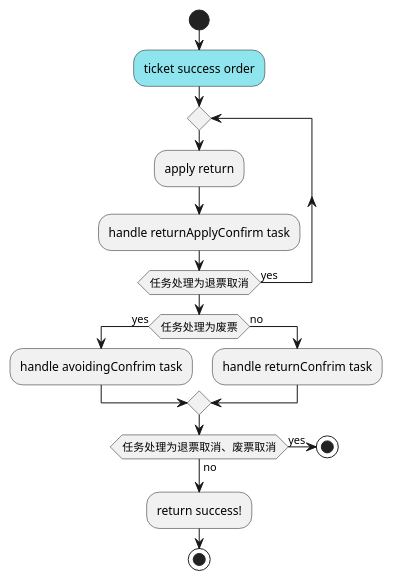
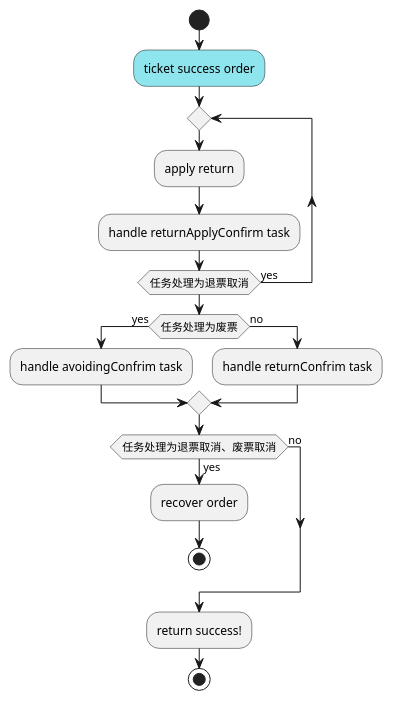
Before and after one commit to viper140/painting: the diagram in plantuml/flow/international-flight-return-order.puml, drawn with PlantUML.

```diff
--- a/plantuml/flow/international-flight-return-order.puml
+++ b/plantuml/flow/international-flight-return-order.puml
@@ -1,26 +1,27 @@
 @startuml
 start
 
 #8EE5EE:ticket success order;
 
 repeat
   :apply return;
   :handle returnApplyConfirm task;
 repeat while (任务处理为退票取消) is (yes)
 
 if (任务处理为废票) then (yes)
   :handle avoidingConfrim task;
 else (no)
   :handle returnConfrim task;
 endif
 
 if (任务处理为退票取消、废票取消) then (yes)
+  :recover order;
   stop
 else (no)
   
 endif
 
 :return success!;
 
 stop
 @enduml
```
